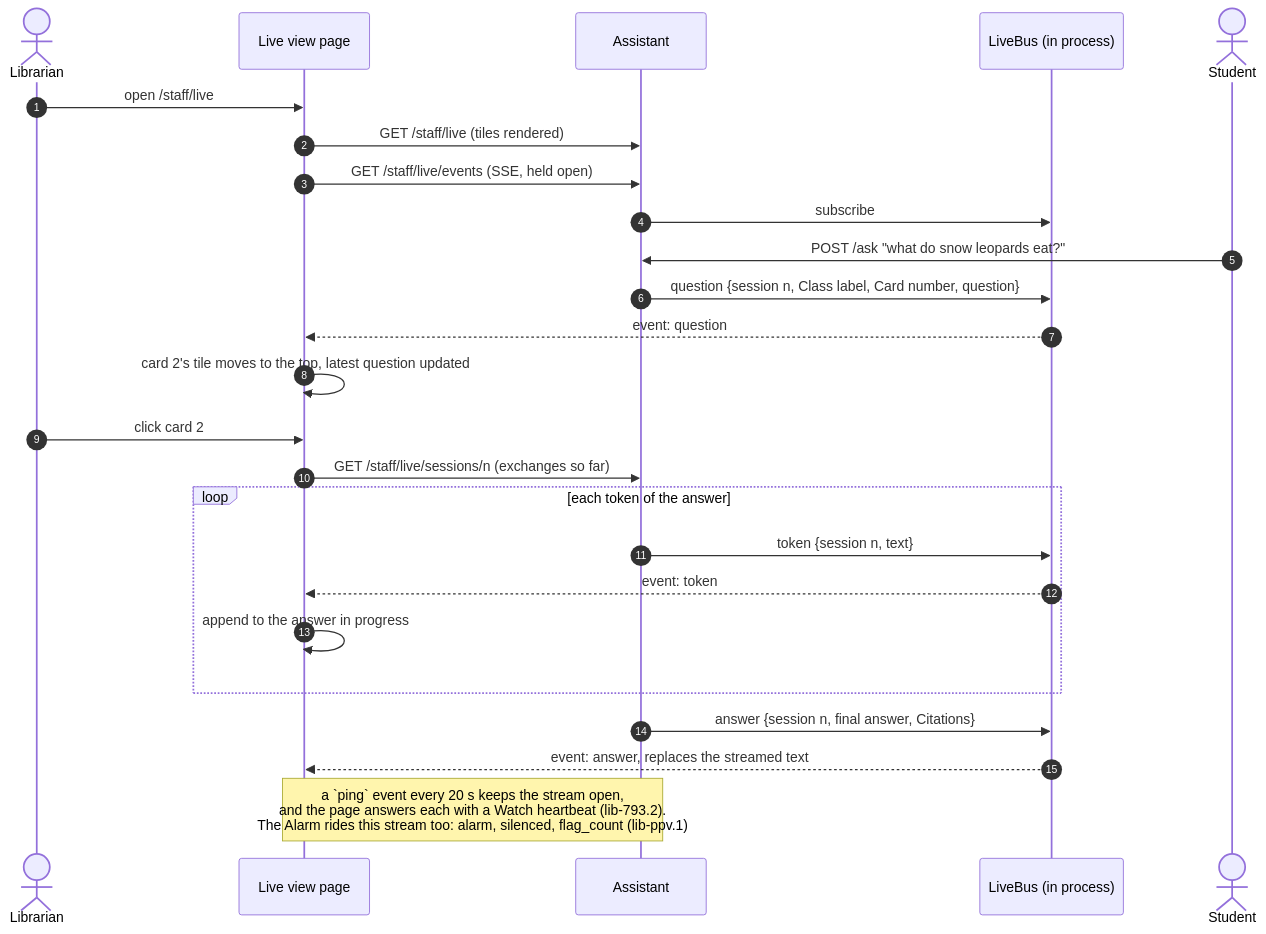
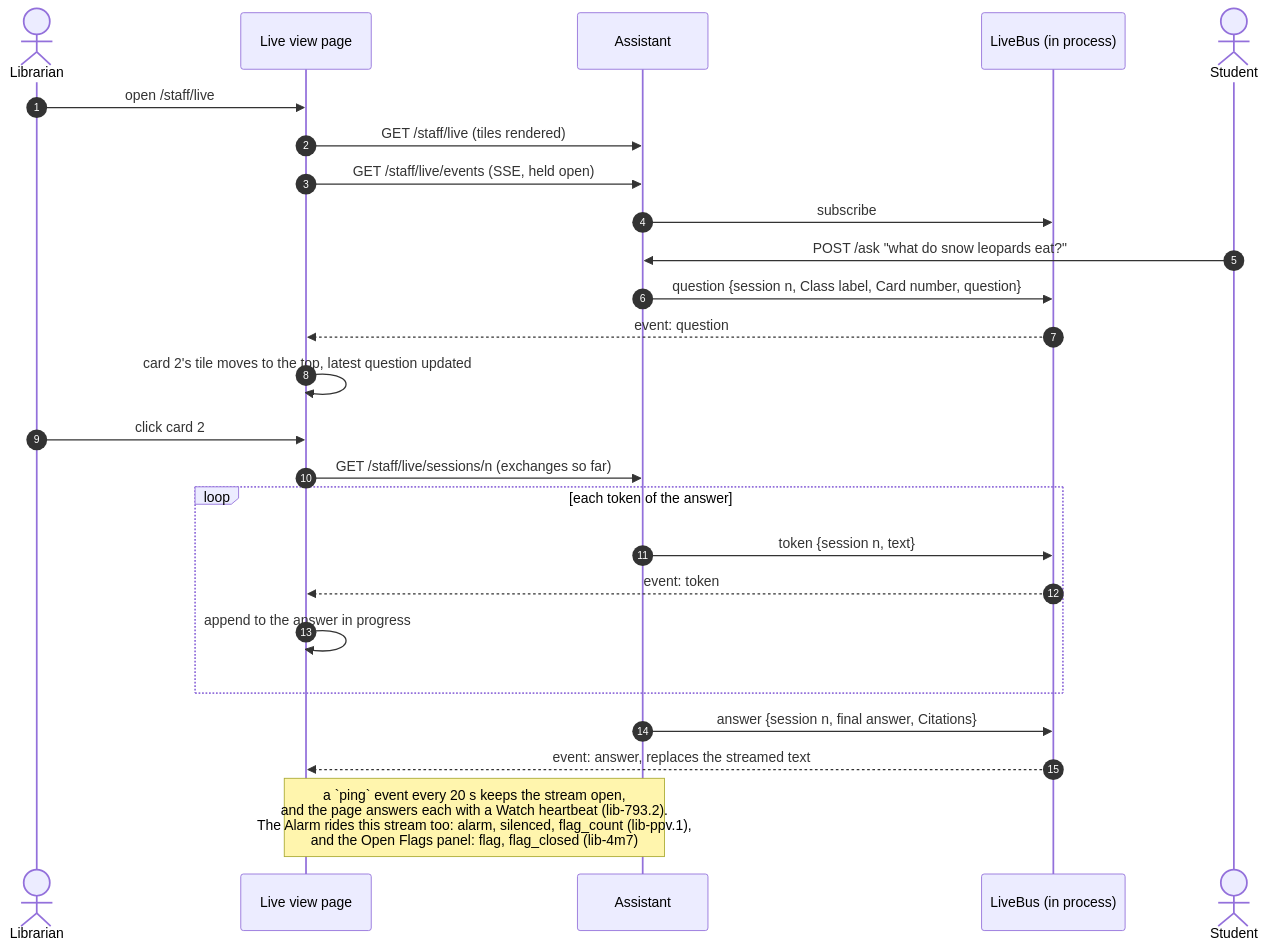
One commit to imkarrer/library-ai-lab changed the second of 3 diagrams in docs/design/live-view.md. Above: the diagram before and after it, drawn with Mermaid. The commit also changed other lines of this file and 16 other files, not shown here.

First line of the commit message:
lib-4m7: Every Flag reaches whoever is on Watch at once; Ctrl-C does not hang (#123)

````diff
--- a/docs/design/live-view.md
+++ b/docs/design/live-view.md
@@ -41,28 +41,28 @@
 ```mermaid
 sequenceDiagram
     autonumber
     actor L as Librarian
     participant LV as Live view page
     participant A as Assistant
     participant Bus as LiveBus (in process)
     actor S as Student
 
     L->>LV: open /staff/live
     LV->>A: GET /staff/live (tiles rendered)
     LV->>A: GET /staff/live/events (SSE, held open)
     A->>Bus: subscribe
     S->>A: POST /ask "what do snow leopards eat?"
     A->>Bus: question {session n, Class label, Card number, question}
     Bus-->>LV: event: question
     LV->>LV: card 2's tile moves to the top, latest question updated
     L->>LV: click card 2
     LV->>A: GET /staff/live/sessions/n (exchanges so far)
     loop each token of the answer
         A->>Bus: token {session n, text}
         Bus-->>LV: event: token
         LV->>LV: append to the answer in progress
     end
     A->>Bus: answer {session n, final answer, Citations}
     Bus-->>LV: event: answer, replaces the streamed text
-    Note over A,LV: a `ping` event every 20 s keeps the stream open,<br/>and the page answers each with a Watch heartbeat (lib-793.2).<br/>The Alarm rides this stream too: alarm, silenced, flag_count (lib-ppv.1)
+    Note over A,LV: a `ping` event every 20 s keeps the stream open,<br/>and the page answers each with a Watch heartbeat (lib-793.2).<br/>The Alarm rides this stream too: alarm, silenced, flag_count (lib-ppv.1),<br/>and the Open Flags panel: flag, flag_closed (lib-4m7)
 ```
````
